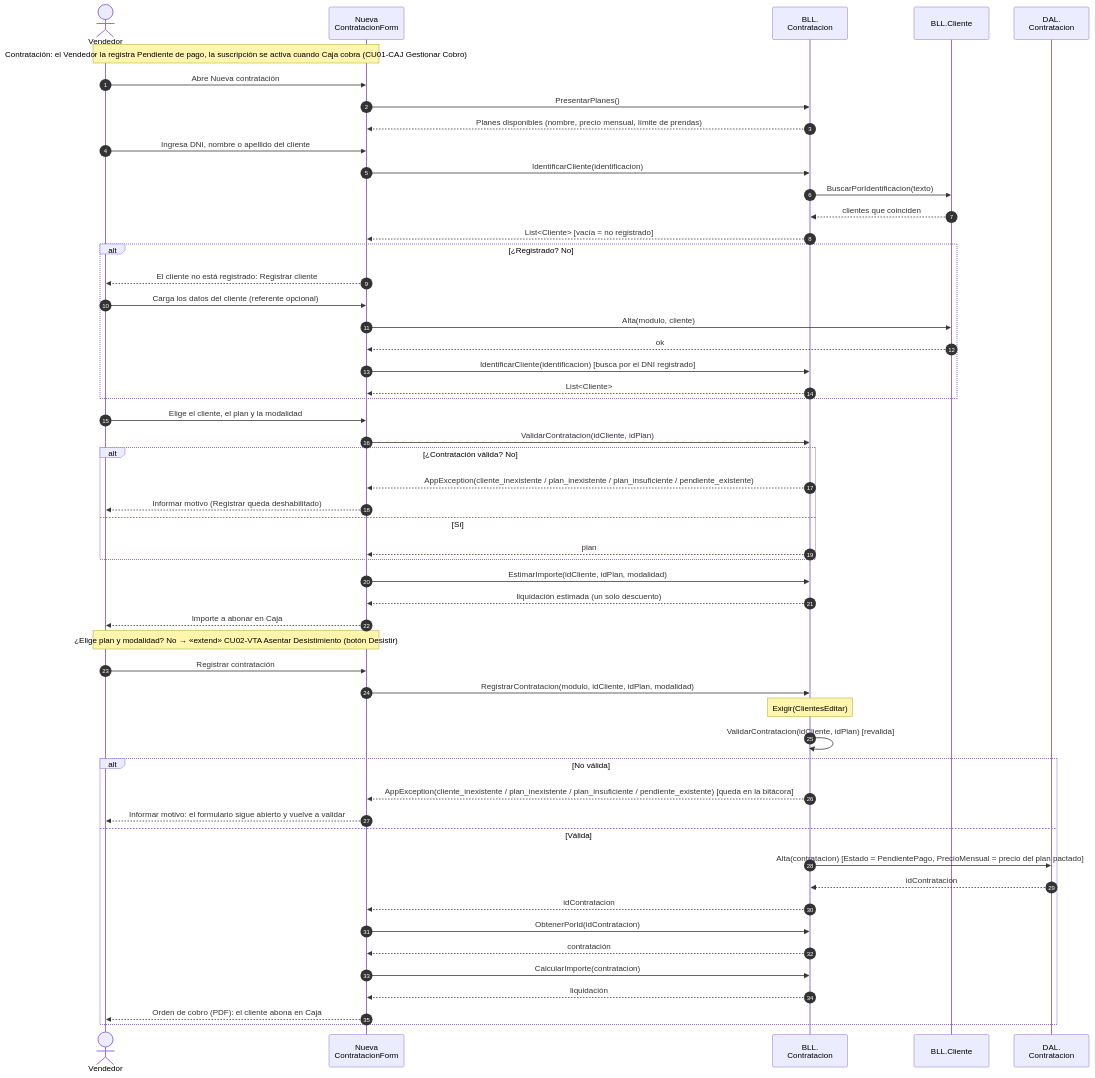
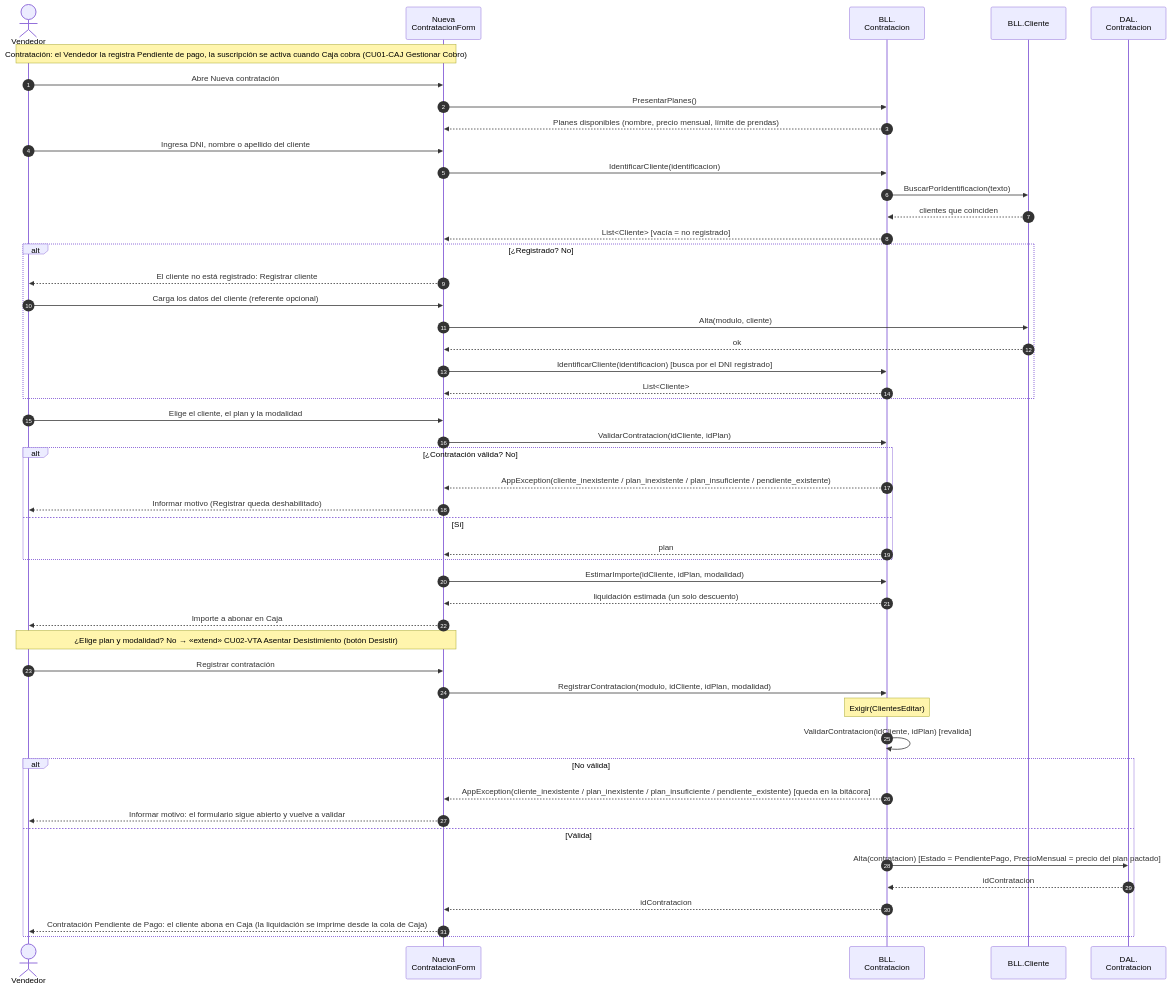
One commit to valentinamorana/Trabajo-de-Diploma changed the diagram in docs/diagramas/mermaid/DSS_PN02_CU01_VTA_GestionarSuscripcion.mmd. Above: the diagram before and after it, drawn with Mermaid. The commit also changed 33 other files, not shown here.

```diff
--- a/docs/diagramas/mermaid/DSS_PN02_CU01_VTA_GestionarSuscripcion.mmd
+++ b/docs/diagramas/mermaid/DSS_PN02_CU01_VTA_GestionarSuscripcion.mmd
@@ -1,53 +1,49 @@
 sequenceDiagram
   autonumber
   actor V as Vendedor
   participant F as Nueva<br/>ContratacionForm
   participant B as BLL.<br/>Contratacion
   participant CB as BLL.Cliente
   participant D as DAL.<br/>Contratacion
   Note over V,F: Contratación: el Vendedor la registra Pendiente de pago, la suscripción se activa cuando Caja cobra (CU01-CAJ Gestionar Cobro)
   V->>F: Abre Nueva contratación
   F->>B: PresentarPlanes()
   B-->>F: Planes disponibles (nombre, precio mensual, límite de prendas)
   V->>F: Ingresa DNI, nombre o apellido del cliente
   F->>B: IdentificarCliente(identificacion)
   B->>CB: BuscarPorIdentificacion(texto)
   CB-->>B: clientes que coinciden
   B-->>F: List<Cliente>  [vacía = no registrado]
   alt ¿Registrado? No
     F-->>V: El cliente no está registrado: Registrar cliente
     V->>F: Carga los datos del cliente (referente opcional)
     F->>CB: Alta(modulo, cliente)
     CB-->>F: ok
     F->>B: IdentificarCliente(identificacion)  [busca por el DNI registrado]
     B-->>F: List<Cliente>
   end
   V->>F: Elige el cliente, el plan y la modalidad
   F->>B: ValidarContratacion(idCliente, idPlan)
   alt ¿Contratación válida? No
     B-->>F: AppException(cliente_inexistente / plan_inexistente / plan_insuficiente / pendiente_existente)
     F-->>V: Informar motivo (Registrar queda deshabilitado)
   else Sí
     B-->>F: plan
   end
   F->>B: EstimarImporte(idCliente, idPlan, modalidad)
   B-->>F: liquidación estimada (un solo descuento)
   F-->>V: Importe a abonar en Caja
   Note over V,F: ¿Elige plan y modalidad? No → «extend» CU02-VTA Asentar Desistimiento (botón Desistir)
   V->>F: Registrar contratación
   F->>B: RegistrarContratacion(modulo, idCliente, idPlan, modalidad)
   Note over B: Exigir(ClientesEditar)
   B->>B: ValidarContratacion(idCliente, idPlan)  [revalida]
   alt No válida
     B-->>F: AppException(cliente_inexistente / plan_inexistente / plan_insuficiente / pendiente_existente)  [queda en la bitácora]
     F-->>V: Informar motivo: el formulario sigue abierto y vuelve a validar
   else Válida
     B->>D: Alta(contratacion)  [Estado = PendientePago, PrecioMensual = precio del plan pactado]
     D-->>B: idContratacion
     B-->>F: idContratacion
-    F->>B: ObtenerPorId(idContratacion)
-    B-->>F: contratación
-    F->>B: CalcularImporte(contratacion)
-    B-->>F: liquidación
-    F-->>V: Orden de cobro (PDF): el cliente abona en Caja
+    F-->>V: Contratación Pendiente de Pago: el cliente abona en Caja (la liquidación se imprime desde la cola de Caja)
   end
```
